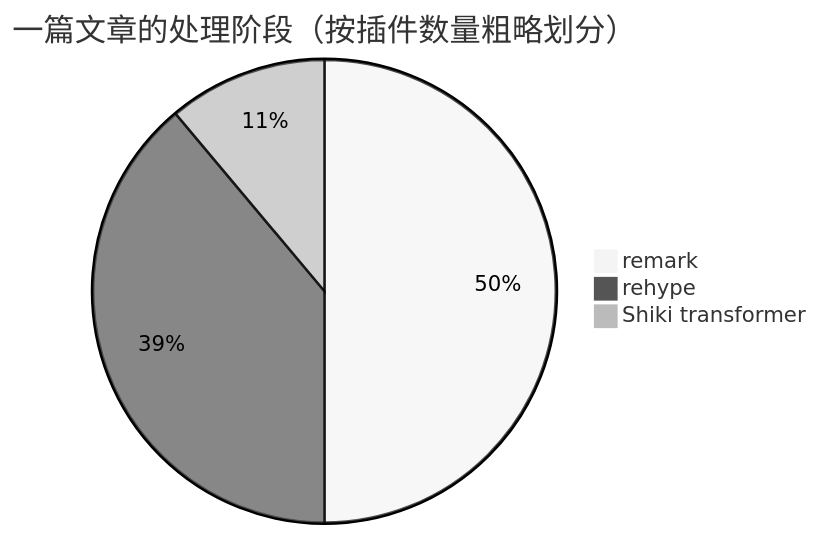
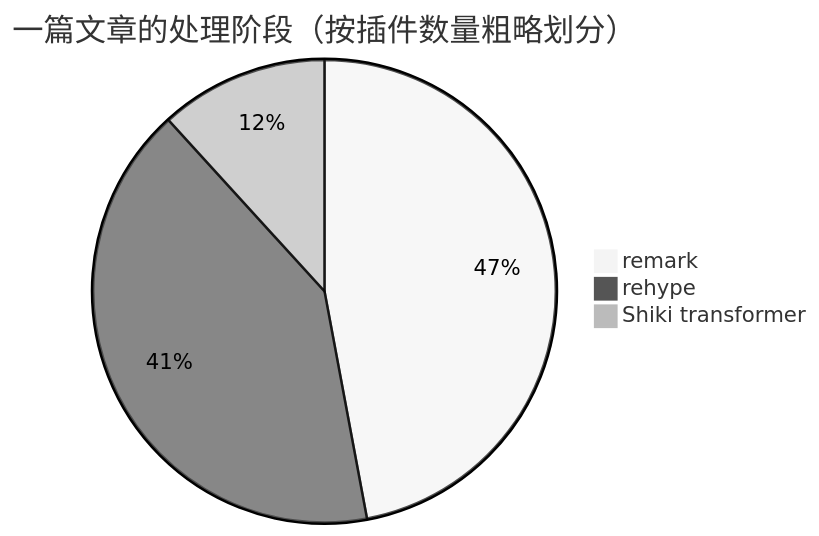
Before and after one commit to RockyBabcock/rocky-blog: the third of 3 diagrams in src/content/blog/note/front-end/markdown-pipeline.md, drawn with Mermaid (neutral theme). The commit also changed other lines of this file and 100 other files, not shown here.

````diff
--- a/src/content/blog/note/front-end/markdown-pipeline.md
+++ b/src/content/blog/note/front-end/markdown-pipeline.md
@@ -100,6 +79,6 @@
 ```mermaid
 pie title 一篇文章的处理阶段（按插件数量粗略划分）
-    "remark" : 9
+    "remark" : 8
     "rehype" : 7
     "Shiki transformer" : 2
 ```
````
